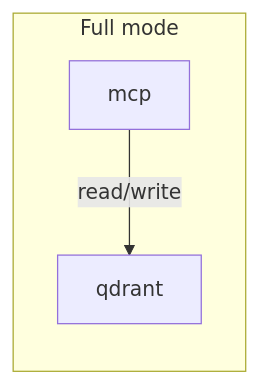
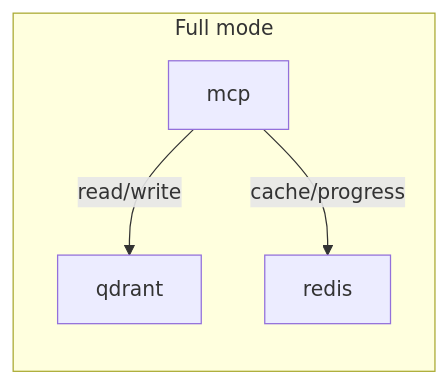
The second of 2 diagrams in docs/reference/architecture.md (mussolene/onec-context-mcp), drawn with Mermaid before and after one commit. The commit also changed other lines of this file and 8 other files, not shown here.

````diff
--- a/docs/reference/architecture.md
+++ b/docs/reference/architecture.md
@@ -59,8 +59,10 @@
 ```mermaid
 flowchart LR
     subgraph full [Full mode]
         mcp[mcp]
+        redis[redis]
         qdrant[qdrant]
     end
     mcp -->|read/write| qdrant
+    mcp -->|cache/progress| redis
 ```
````
